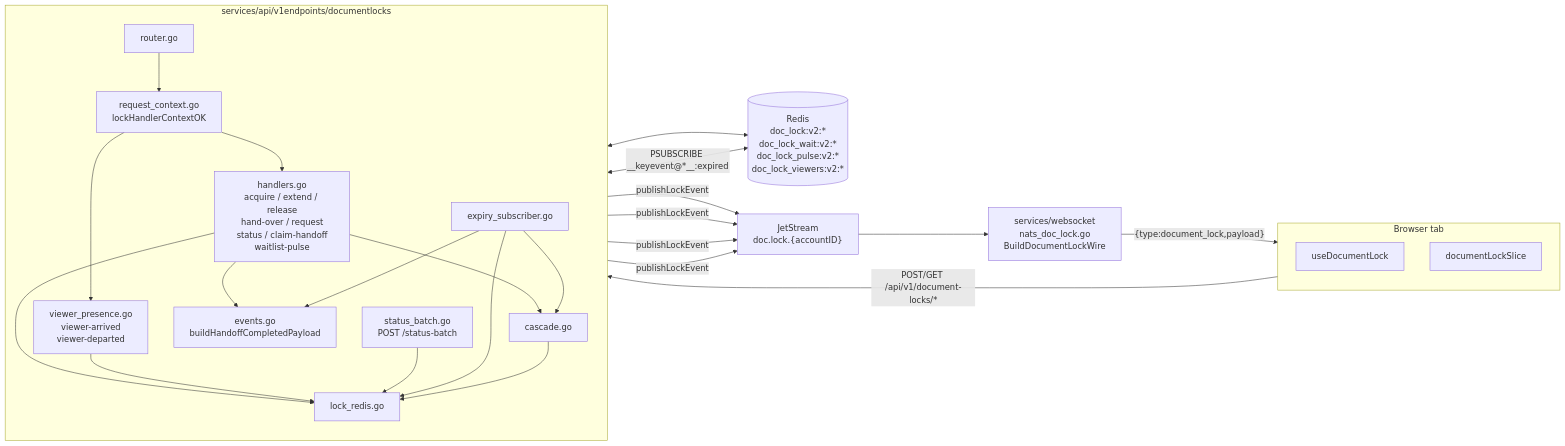
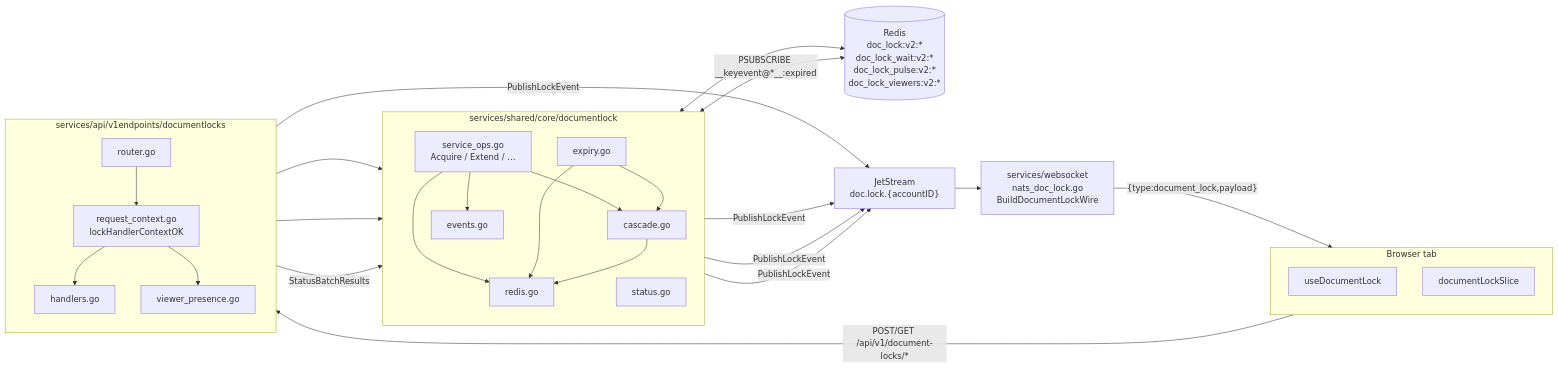
The first of 3 diagrams in docs/document-lock/BACKEND.md (darcy561/eve-industry-planner), drawn with Mermaid before and after one commit. The commit also changed other lines of this file and 47 other files, not shown here.

First line of the commit message:
refactor(document-lock): restructure document lock services and update API interactions

````diff
--- a/docs/document-lock/BACKEND.md
+++ b/docs/document-lock/BACKEND.md
@@ -33,46 +35,51 @@
 ```mermaid
 flowchart LR
   subgraph SPA["Browser tab"]
     Hook["useDocumentLock"]
     Slice["documentLockSlice"]
   end
 
+  subgraph DL["services/shared/core/documentlock"]
+    direction TB
+    Svc["service_ops.go<br/>Acquire / Extend / …"]
+    LR["redis.go"]
+    St["status.go"]
+    Casc["cascade.go"]
+    Exp["expiry.go"]
+    Ev["events.go"]
+    Svc --> LR
+    Svc --> Casc
+    Svc --> Ev
+    Exp --> LR
+    Exp --> Casc
+    Casc --> LR
+  end
+
   subgraph API["services/api/v1endpoints/documentlocks"]
     direction TB
     R["router.go"]
     HC["request_context.go<br/>lockHandlerContextOK"]
-    H["handlers.go<br/>acquire / extend / release<br/>hand-over / request<br/>status / claim-handoff<br/>waitlist-pulse"]
-    VP["viewer_presence.go<br/>viewer-arrived<br/>viewer-departed"]
-    SB["status_batch.go<br/>POST /status-batch"]
-    Casc["cascade.go"]
-    Exp["expiry_subscriber.go"]
-    LR["lock_redis.go"]
-    Ev["events.go<br/>buildHandoffCompletedPayload"]
+    H["handlers.go"]
+    VP["viewer_presence.go"]
     R --> HC
     HC --> H
     HC --> VP
-    H --> LR
-    H --> Casc
-    H --> Ev
+    H --> Svc
     VP --> LR
-    SB --> LR
-    Exp --> LR
-    Exp --> Casc
-    Exp --> Ev
-    Casc --> LR
   end
 
   Redis[("Redis<br/>doc_lock:v2:*<br/>doc_lock_wait:v2:*<br/>doc_lock_pulse:v2:*<br/>doc_lock_viewers:v2:*")]
   JS["JetStream<br/>doc.lock.{accountID}"]
   WS["services/websocket<br/>nats_doc_lock.go<br/>BuildDocumentLockWire"]
 
   SPA -->|"POST/GET /api/v1/document-locks/*"| R
+  H -->|"StatusBatchResults"| St
   LR <--> Redis
   Exp <-->|"PSUBSCRIBE __keyevent@*__:expired"| Redis
-  H -->|"publishLockEvent"| JS
-  VP -->|"publishLockEvent"| JS
-  Casc -->|"publishLockEvent"| JS
-  Exp -->|"publishLockEvent"| JS
+  Svc -->|"PublishLockEvent"| JS
+  VP -->|"PublishLockEvent"| JS
+  Casc -->|"PublishLockEvent"| JS
+  Exp -->|"PublishLockEvent"| JS
   JS --> WS
   WS -->|"{type:document_lock,payload}"| SPA
 ```
````
